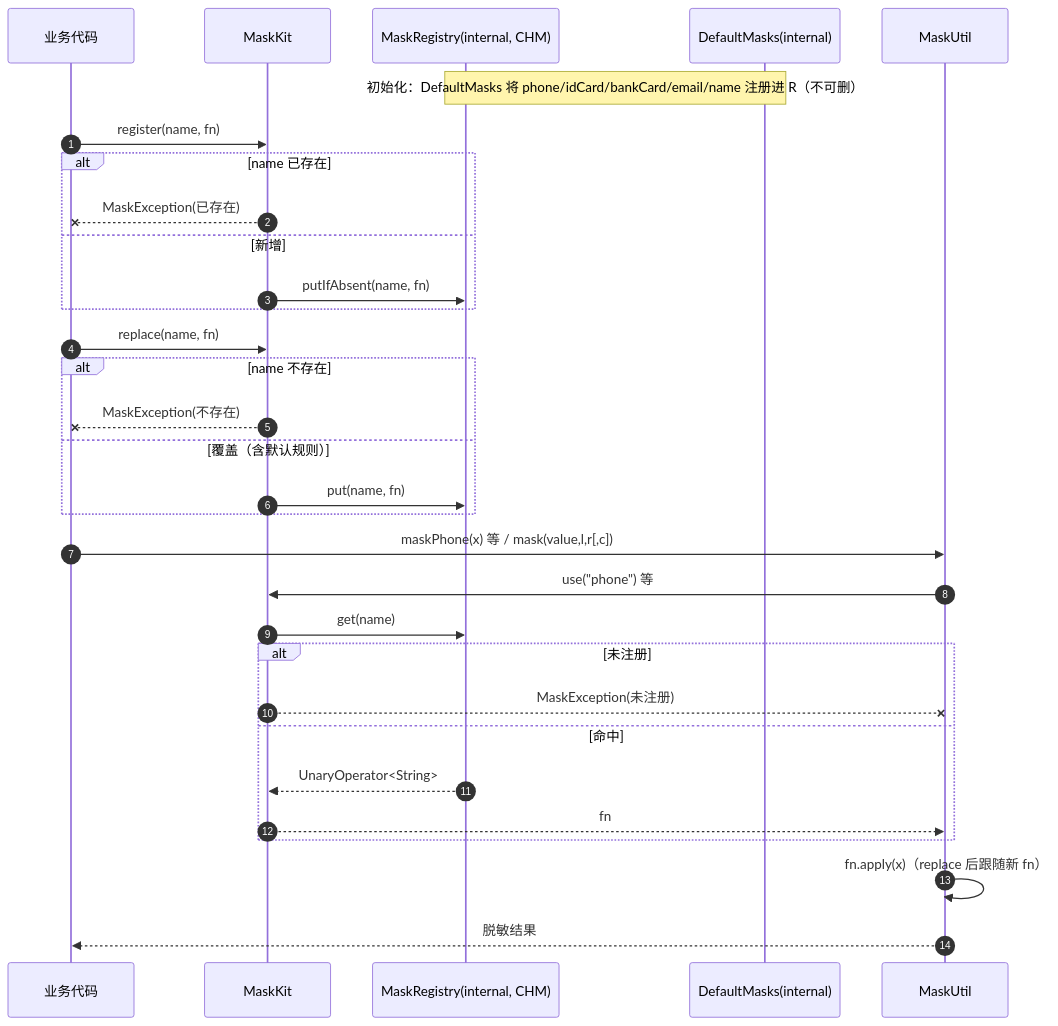
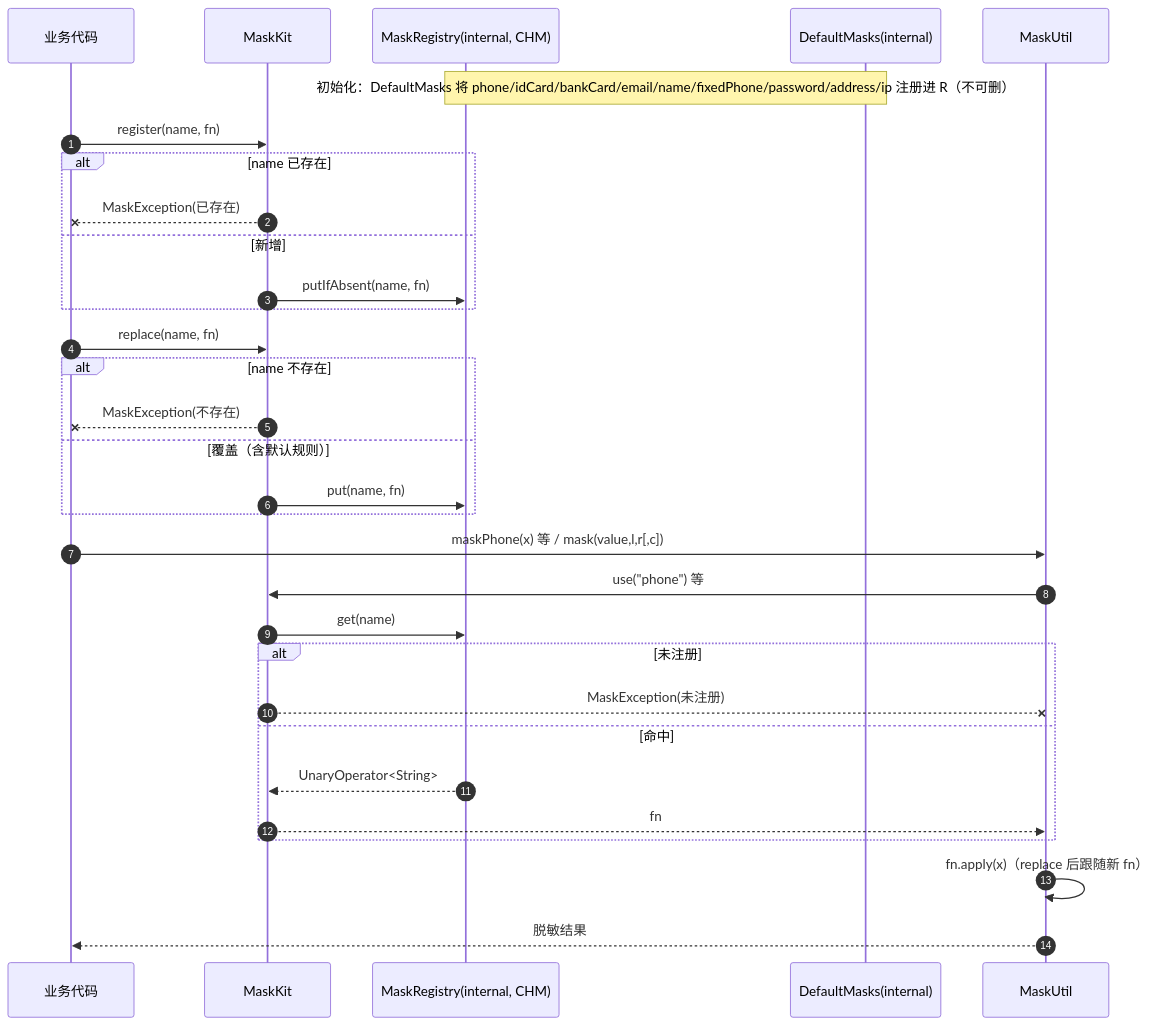
One commit to gollyhu/aifei-eco-modules changed the fourth of 4 diagrams in aifei-tools/docs/design.md. Above: the diagram before and after it, drawn with Mermaid. The commit also changed other lines of this file and 1 other file, not shown here.

Commit message:
docs: aifei-tools 设计文档与需求输入 mask 默认规则由 5 个扩展为 9 个，新增 fixedPhone/password/address/ip 规则格式与 maskXxx≡use 转发契约，补充验收要点与 null/ip 非法输入待确认问题

````diff
--- a/aifei-tools/docs/design.md
+++ b/aifei-tools/docs/design.md
@@ -346,33 +350,33 @@
 ```mermaid
 sequenceDiagram
     autonumber
     participant Biz as 业务代码
     participant Kit as MaskKit
     participant R as MaskRegistry(internal, CHM)
     participant Def as DefaultMasks(internal)
     participant U as MaskUtil
-    Note over R,Def: 初始化：DefaultMasks 将 phone/idCard/bankCard/email/name 注册进 R（不可删）
+    Note over R,Def: 初始化：DefaultMasks 将 phone/idCard/bankCard/email/name/fixedPhone/password/address/ip 注册进 R（不可删）
     Biz->>Kit: register(name, fn)
     alt name 已存在
         Kit--xBiz: MaskException(已存在)
     else 新增
         Kit->>R: putIfAbsent(name, fn)
     end
     Biz->>Kit: replace(name, fn)
     alt name 不存在
         Kit--xBiz: MaskException(不存在)
     else 覆盖（含默认规则）
         Kit->>R: put(name, fn)
     end
     Biz->>U: maskPhone(x) 等 / mask(value,l,r[,c])
     U->>Kit: use("phone") 等
     Kit->>R: get(name)
     alt 未注册
         Kit--xU: MaskException(未注册)
     else 命中
         R-->>Kit: UnaryOperator<String>
         Kit-->>U: fn
     end
     U->>U: fn.apply(x)（replace 后跟随新 fn）
     U-->>Biz: 脱敏结果
 ```
````
